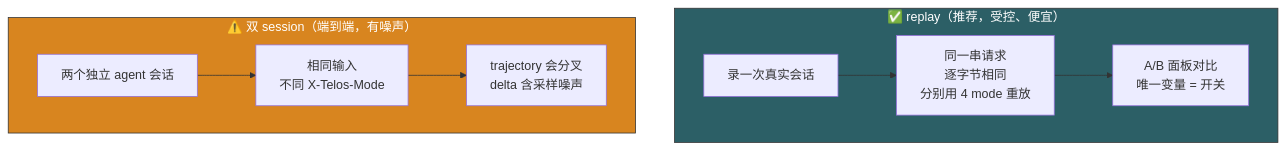
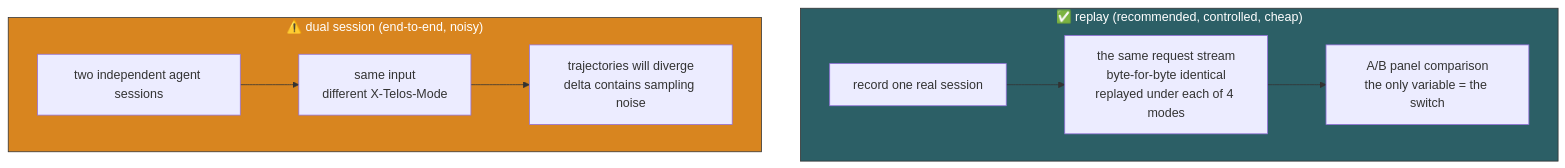
The seventh of 8 diagrams in docs/playbook.md (telos-pro/telos-sdk), drawn with Mermaid before and after one commit. The commit also changed other lines of this file and 93 other files, not shown here.

````diff
--- a/docs/playbook.md
+++ b/docs/playbook.md
@@ -424,15 +424,15 @@
 ```mermaid
 flowchart TB
-  subgraph Replay["✅ replay（推荐，受控、便宜）"]
-    R1[录一次真实会话] --> R2[同一串请求<br/>逐字节相同<br/>分别用 4 mode 重放]
-    R2 --> R3[A/B 面板对比<br/>唯一变量 = 开关]
+  subgraph Replay["✅ replay (recommended, controlled, cheap)"]
+    R1[record one real session] --> R2[the same request stream<br/>byte-for-byte identical<br/>replayed under each of 4 modes]
+    R2 --> R3[A/B panel comparison<br/>the only variable = the switch]
   end
 
-  subgraph Dual["⚠️ 双 session（端到端，有噪声）"]
-    D1[两个独立 agent 会话] --> D2[相同输入<br/>不同 X-Telos-Mode]
-    D2 --> D3[trajectory 会分叉<br/>delta 含采样噪声]
+  subgraph Dual["⚠️ dual session (end-to-end, noisy)"]
+    D1[two independent agent sessions] --> D2[same input<br/>different X-Telos-Mode]
+    D2 --> D3[trajectories will diverge<br/>delta contains sampling noise]
   end
 
   style Replay fill:#2C5F66,stroke:#333,color:#fff
   style Dual fill:#d8851f,stroke:#333,color:#fff
 ```
````
